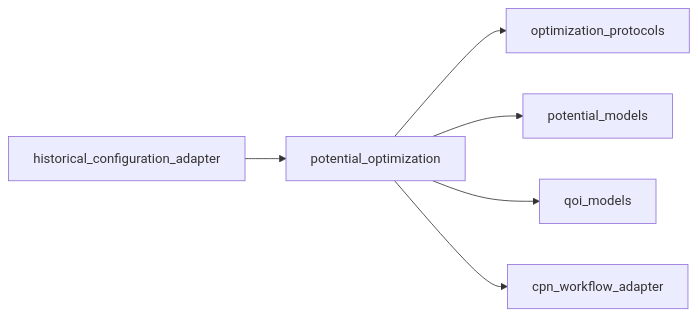
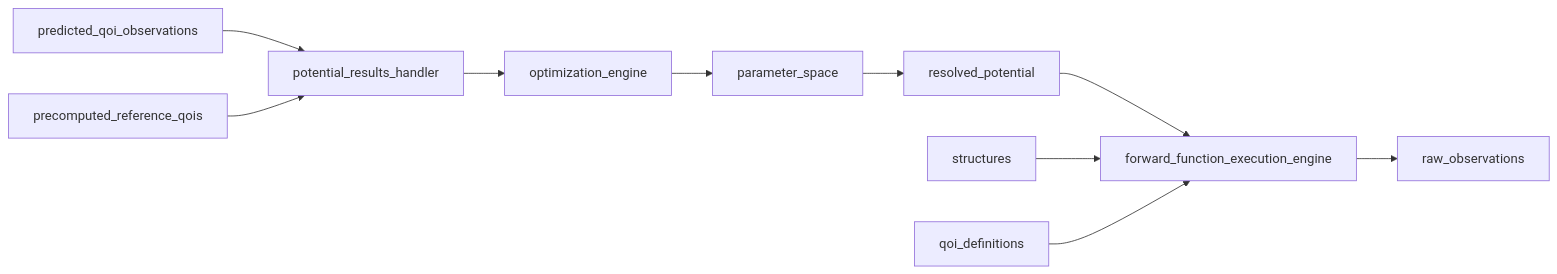
The second of 2 diagrams in docs/architecture/potential-optimization/implementation/index.md (eragasa/projectkoios-frankenstein), drawn with Mermaid before and after one commit. The commit also changed other lines of this file and 385 other files, not shown here.

````diff
--- a/docs/architecture/potential-optimization/implementation/index.md
+++ b/docs/architecture/potential-optimization/implementation/index.md
@@ -30,8 +33,12 @@
 ```mermaid
 flowchart LR
-    potential_optimization --> optimization_protocols
-    potential_optimization --> potential_models
-    potential_optimization --> qoi_models
-    potential_optimization --> cpn_workflow_adapter
-    historical_configuration_adapter --> potential_optimization
+    optimization_engine --> parameter_space
+    parameter_space --> resolved_potential
+    resolved_potential --> forward_function_execution_engine
+    structures --> forward_function_execution_engine
+    qoi_definitions --> forward_function_execution_engine
+    forward_function_execution_engine --> raw_observations
+    predicted_qoi_observations --> potential_results_handler
+    precomputed_reference_qois --> potential_results_handler
+    potential_results_handler --> optimization_engine
 ```
````
